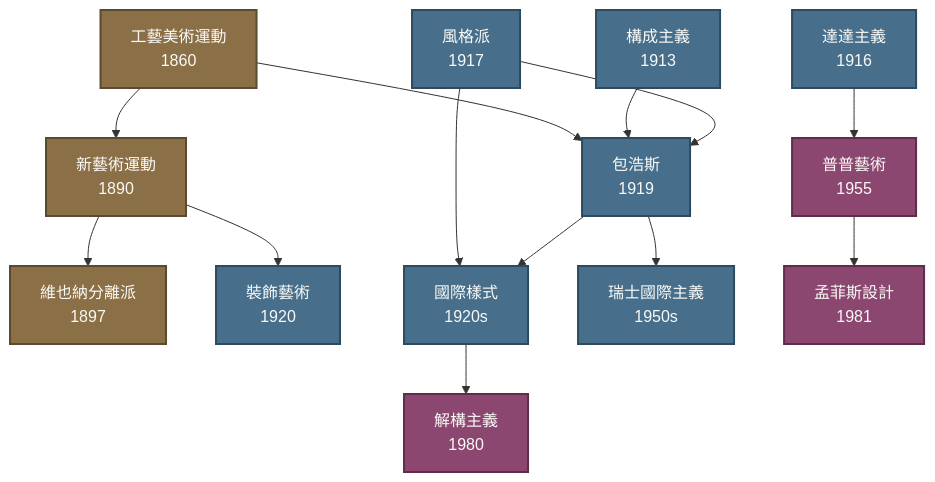
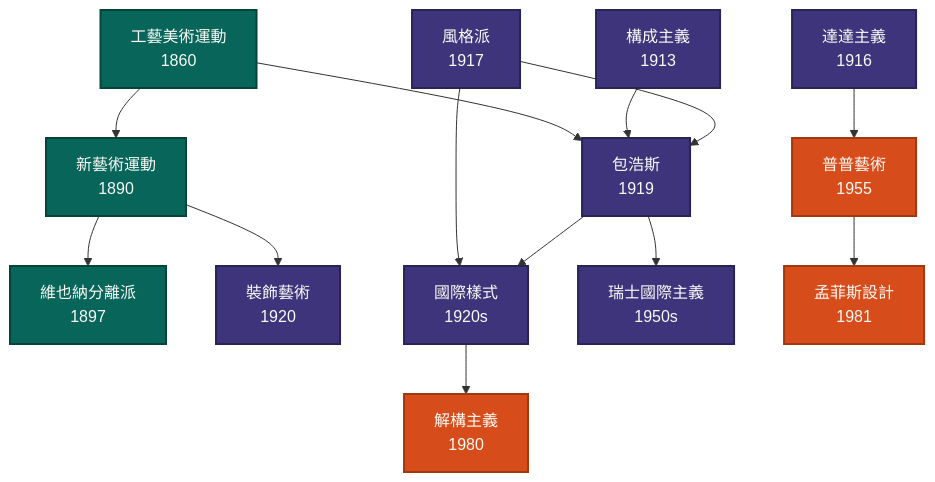
The diagram in content/index.md (davidsmith9-sudo/design-history), drawn with Mermaid before and after one commit. The commit also changed 2 other files, not shown here.

Commit message:
style: 全站採用 Adobe 5 色色票
色票:#D64C1B 橙 / #B5FE8D 嫩綠 / #07655A 深 teal / #3E347C 深紫 /
#59CAA2 薄荷。分工:

Light mode
- bg #fafaf6 暖白,darkgray 字 #2a2826,標題 #0f1e1c 深 teal
- secondary 橙 #D64C1B(主強調)、tertiary 深 teal #07655A(次)
- textHighlight 嫩綠 rgba(181,254,141,0.65)

Dark mode
- bg #15192a 深紫底,字 #e8e6df
- secondary 仍橙 #D64C1B(在紫底更跳),tertiary 薄荷 #59CAA2
- textHighlight 嫩綠半透

Mermaid 譜系 classDef 同步:工業革命=深 teal、現代=深紫、後現代=橙,
跟時代分組形成色彩線索。Cursor hover ring 底色也換成橙色 rgba。

````diff
--- a/content/index.md
+++ b/content/index.md
@@ -36,51 +36,51 @@
 ```mermaid
 flowchart TD
     AC["工藝美術運動<br/>1860"]
     AN["新藝術運動<br/>1890"]
     VS["維也納分離派<br/>1897"]
     CO["構成主義<br/>1913"]
     DD["達達主義<br/>1916"]
     DS["風格派<br/>1917"]
     BH["包浩斯<br/>1919"]
     AD["裝飾藝術<br/>1920"]
     IS["國際樣式<br/>1920s"]
     SI["瑞士國際主義<br/>1950s"]
     PA["普普藝術<br/>1955"]
     DE["解構主義<br/>1980"]
     ME["孟菲斯設計<br/>1981"]
 
     AC --> AN
     AC --> BH
     AN --> VS
     AN --> AD
     CO --> BH
     DD --> PA
     DS --> BH
     DS --> IS
     BH --> IS
     BH --> SI
     IS --> DE
     PA --> ME
 
-    classDef pre fill:#8b6f47,stroke:#5a4a2f,color:#fafaf7,stroke-width:2px
-    classDef mod fill:#476f8b,stroke:#2d4a5f,color:#fafaf7,stroke-width:2px
-    classDef pomo fill:#8b476f,stroke:#5f2d4a,color:#fafaf7,stroke-width:2px
+    classDef pre fill:#07655A,stroke:#054539,color:#fafaf6,stroke-width:2px
+    classDef mod fill:#3E347C,stroke:#2a2356,color:#fafaf6,stroke-width:2px
+    classDef pomo fill:#D64C1B,stroke:#a3380f,color:#fafaf6,stroke-width:2px
 
     class AC,AN,VS pre
     class CO,DD,DS,BH,AD,IS,SI mod
     class PA,DE,ME pomo
 
     click AC "/40-流派/工藝美術運動" "工藝美術運動"
     click AN "/40-流派/新藝術運動" "新藝術運動"
     click VS "/40-流派/維也納分離派" "維也納分離派"
     click CO "/40-流派/構成主義" "構成主義"
     click DD "/40-流派/達達主義" "達達主義"
     click DS "/40-流派/風格派" "風格派"
     click BH "/40-流派/包浩斯" "包浩斯"
     click AD "/40-流派/裝飾藝術" "裝飾藝術"
     click IS "/40-流派/國際樣式" "國際樣式"
     click SI "/40-流派/瑞士國際主義" "瑞士國際主義"
     click PA "/40-流派/普普藝術" "普普藝術"
     click DE "/40-流派/解構主義" "解構主義"
     click ME "/40-流派/孟菲斯設計" "孟菲斯設計"
 ```
````
